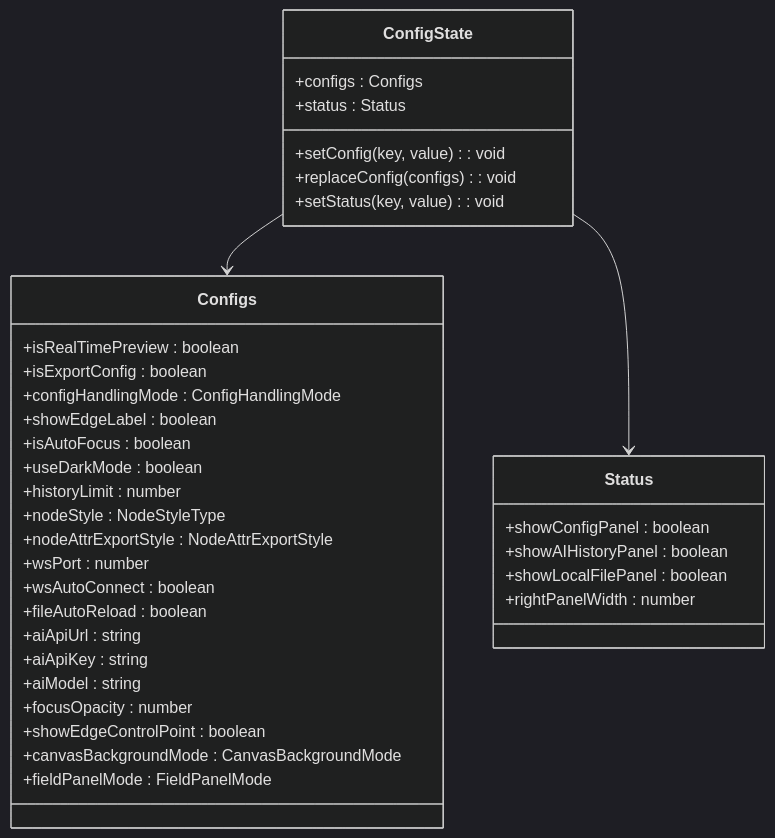
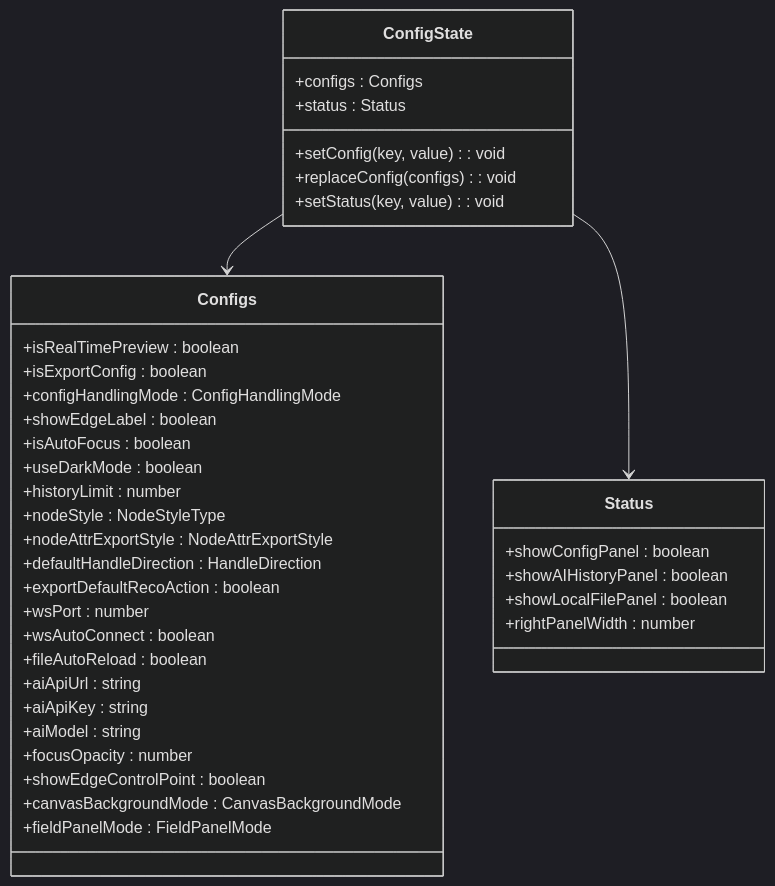
The fifth of 10 diagrams in .qoder/repowiki/zh/content/核心概念/配置面板.md (kqcoxn/MaaPipelineEditor), drawn with Mermaid (dark theme) before and after one commit. The commit also changed other lines of this file and 23 other files, not shown here.

````diff
--- a/.qoder/repowiki/zh/content/核心概念/配置面板.md
+++ b/.qoder/repowiki/zh/content/核心概念/配置面板.md
@@ -145,39 +161,41 @@
 ```mermaid
 classDiagram
 class ConfigState {
 +configs : Configs
 +setConfig(key, value) : void
 +replaceConfig(configs) : void
 +status : Status
 +setStatus(key, value) : void
 }
 class Configs {
 +isRealTimePreview : boolean
 +isExportConfig : boolean
 +configHandlingMode : ConfigHandlingMode
 +showEdgeLabel : boolean
 +isAutoFocus : boolean
 +useDarkMode : boolean
 +historyLimit : number
 +nodeStyle : NodeStyleType
 +nodeAttrExportStyle : NodeAttrExportStyle
++defaultHandleDirection : HandleDirection
++exportDefaultRecoAction : boolean
 +wsPort : number
 +wsAutoConnect : boolean
 +fileAutoReload : boolean
 +aiApiUrl : string
 +aiApiKey : string
 +aiModel : string
 +focusOpacity : number
 +showEdgeControlPoint : boolean
 +canvasBackgroundMode : CanvasBackgroundMode
 +fieldPanelMode : FieldPanelMode
 }
 class Status {
 +showConfigPanel : boolean
 +showAIHistoryPanel : boolean
 +showLocalFilePanel : boolean
 +rightPanelWidth : number
 }
 ConfigState --> Configs
 ConfigState --> Status
 ```
````
